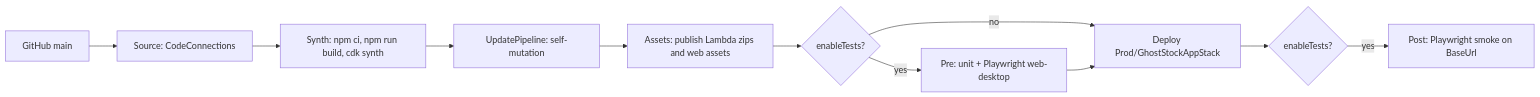
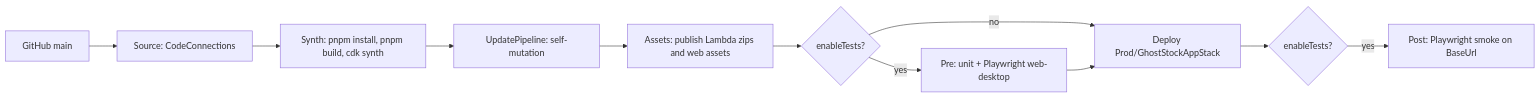
Before and after one commit to cr-montoya/GhostStock: the diagram in .kiro/specs/03-infra-pipeline/design.md, drawn with Mermaid. The commit also changed other lines of this file and 15 other files, not shown here.

Commit message:
docs(spec): replace npm commands with pnpm across specs and harness

````diff
--- a/.kiro/specs/03-infra-pipeline/design.md
+++ b/.kiro/specs/03-infra-pipeline/design.md
@@ -33,13 +33,13 @@
 ```mermaid
 flowchart LR
   GH[GitHub main] --> SRC[Source: CodeConnections]
-  SRC --> SY[Synth: npm ci, npm run build, cdk synth]
+  SRC --> SY[Synth: pnpm install, pnpm build, cdk synth]
   SY --> UP[UpdatePipeline: self-mutation]
   UP --> AS[Assets: publish Lambda zips and web assets]
   AS --> PRE{enableTests?}
   PRE -- yes --> T1[Pre: unit + Playwright web-desktop]
   PRE -- no --> DEP
   T1 --> DEP[Deploy Prod/GhostStockAppStack]
   DEP --> POST{enableTests?}
   POST -- yes --> T2[Post: Playwright smoke on BaseUrl]
 ```
````
